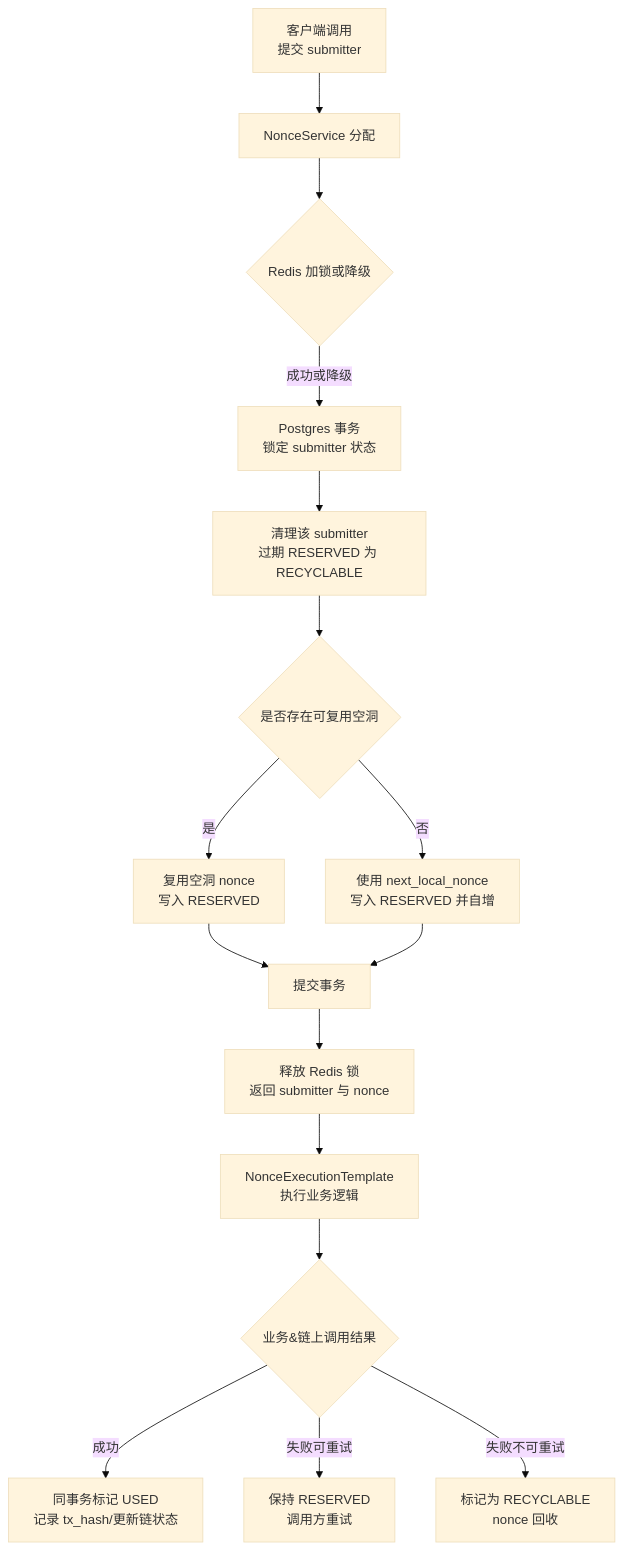
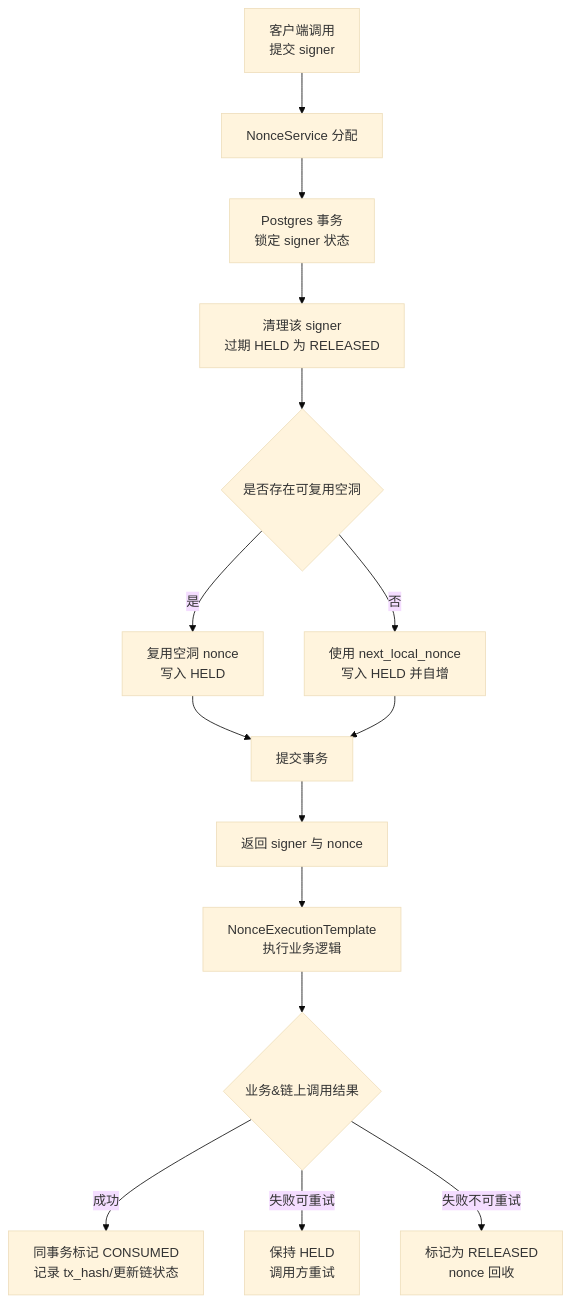
One commit to cedardinh/nonce-demo changed the diagram in README.md. Above: the diagram before and after it, drawn with Mermaid (base theme). The commit also changed other lines of this file and 37 other files, not shown here.

````diff
--- a/README.md
+++ b/README.md
@@ -51,18 +48,17 @@
 ```mermaid
 graph TD
-    A[客户端调用\n提交 submitter] --> B[NonceService 分配]
-    B --> C{Redis 加锁或降级}
-    C -->|成功或降级| D[Postgres 事务\n锁定 submitter 状态]
-    D --> X[清理该 submitter\n过期 RESERVED 为 RECYCLABLE]
+    A[客户端调用\n提交 signer] --> B[NonceService 分配]
+    B --> D[Postgres 事务\n锁定 signer 状态]
+    D --> X[清理该 signer\n过期 HELD 为 RELEASED]
     X --> E{是否存在可复用空洞}
-    E -->|是| F[复用空洞 nonce\n写入 RESERVED]
-    E -->|否| G[使用 next_local_nonce\n写入 RESERVED 并自增]
+    E -->|是| F[复用空洞 nonce\n写入 HELD]
+    E -->|否| G[使用 next_local_nonce\n写入 HELD 并自增]
     F --> H[提交事务]
     G --> H
-    H --> I[释放 Redis 锁\n返回 submitter 与 nonce]
+    H --> I[返回 signer 与 nonce]
     I --> J[NonceExecutionTemplate\n执行业务逻辑]
     J --> K{业务&链上调用结果}
-    K -->|成功| L[同事务标记 USED\n记录 tx_hash/更新链状态]
-    K -->|失败可重试| M[保持 RESERVED\n调用方重试]
-    K -->|失败不可重试| N[标记为 RECYCLABLE\nnonce 回收]
+    K -->|成功| L[同事务标记 CONSUMED\n记录 tx_hash/更新链状态]
+    K -->|失败可重试| M[保持 HELD\n调用方重试]
+    K -->|失败不可重试| N[标记为 RELEASED\nnonce 回收]
 ```
````
